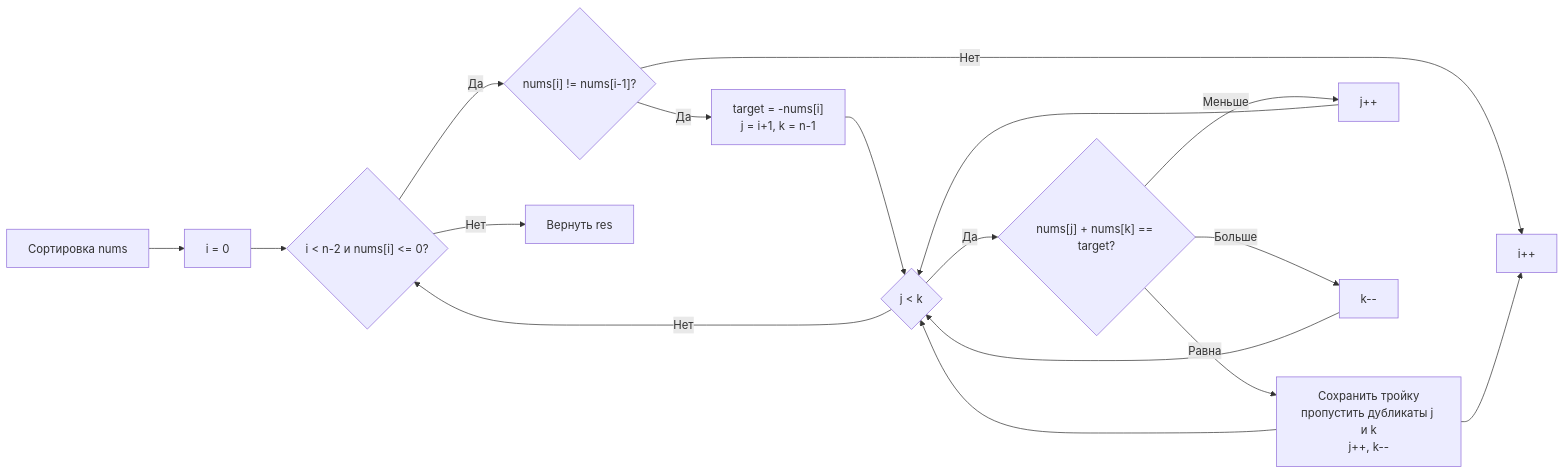
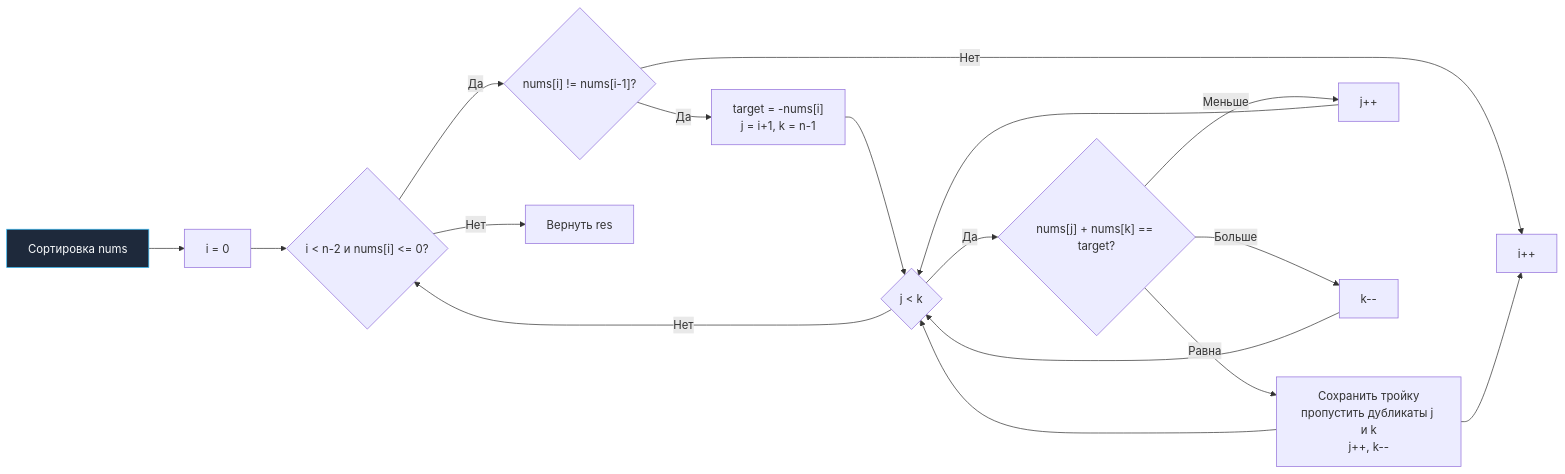
Before and after one commit to UnrealTemplier/go-textbook: the diagram in sources/21. Задачи с LeetCode и собеседований на Go/02. Задачи/02. Два указателя/6. 3Sum.md, drawn with Mermaid. The commit also changed 1666 other files, not shown here.

First line of the commit message:
feat(mermaid): add semantic color classDef to 1369 colorless flowchart/graph diagrams

````diff
--- a/sources/21. Задачи с LeetCode и собеседований на Go/02. Задачи/02. Два указателя/6. 3Sum.md
+++ b/sources/21. Задачи с LeetCode и собеседований на Go/02. Задачи/02. Два указателя/6. 3Sum.md
@@ -97,19 +97,29 @@
 ```mermaid
 flowchart LR
-    A["Сортировка nums"] --> B["i = 0"]
+    classDef process  fill:#1e293b,stroke:#38bdf8,stroke-width:1px,color:#f8fafc
+    classDef success  fill:#064e3b,stroke:#34d399,stroke-width:1px,color:#f8fafc
+    classDef error    fill:#7f1d1d,stroke:#f87171,stroke-width:1px,color:#f8fafc
+    classDef warning  fill:#78350f,stroke:#fbbf24,stroke-width:1px,color:#f8fafc
+    classDef entry    fill:#1e3a5f,stroke:#38bdf8,stroke-width:2px,color:#f8fafc
+    classDef aux      fill:#334155,stroke:#64748b,stroke-width:1px,color:#f8fafc
+    classDef system   fill:#312e81,stroke:#a78bfa,stroke-width:1px,color:#f8fafc
+    classDef data     fill:#132d29,stroke:#2dd4bf,stroke-width:1px,color:#f8fafc
+    classDef network  fill:#881337,stroke:#fb7185,stroke-width:1px,color:#f8fafc
+    classDef accent   fill:#1e1b4b,stroke:#818cf8,stroke-width:1px,color:#f8fafc
+    A["Сортировка nums"]:::process --> B["i = 0"]
     B --> C{"i < n-2 и nums[i] <= 0?"}
     C -->|"Да"| D{"nums[i] != nums[i-1]?"}
     D -->|"Да"| E["target = -nums[i]<br>j = i+1, k = n-1"]
     E --> F{"j < k"}
     F -->|"Да"| G{"nums[j] + nums[k] == target?"}
     G -->|"Равна"| H["Сохранить тройку<br>пропустить дубликаты j и k<br>j++, k--"]
     G -->|"Меньше"| I["j++"]
     G -->|"Больше"| J["k--"]
     H --> F
     I --> F
     J --> F
     F -->|"Нет"| C
     D -->|"Нет"| K["i++"]
     H --> K
     C -->|"Нет"| L["Вернуть res"]
 ```
````
